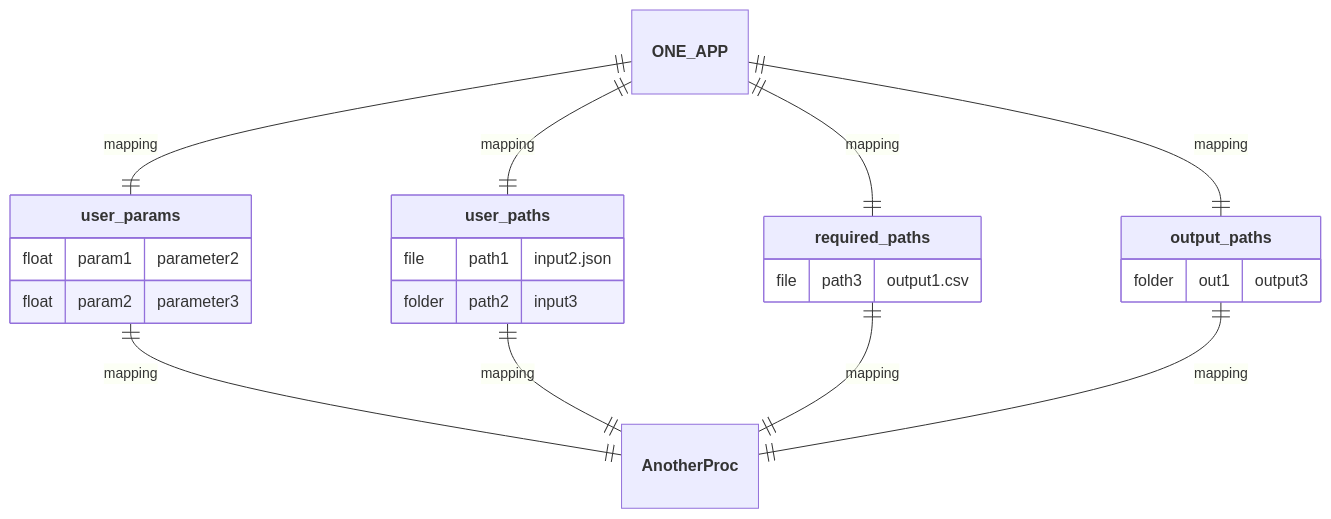
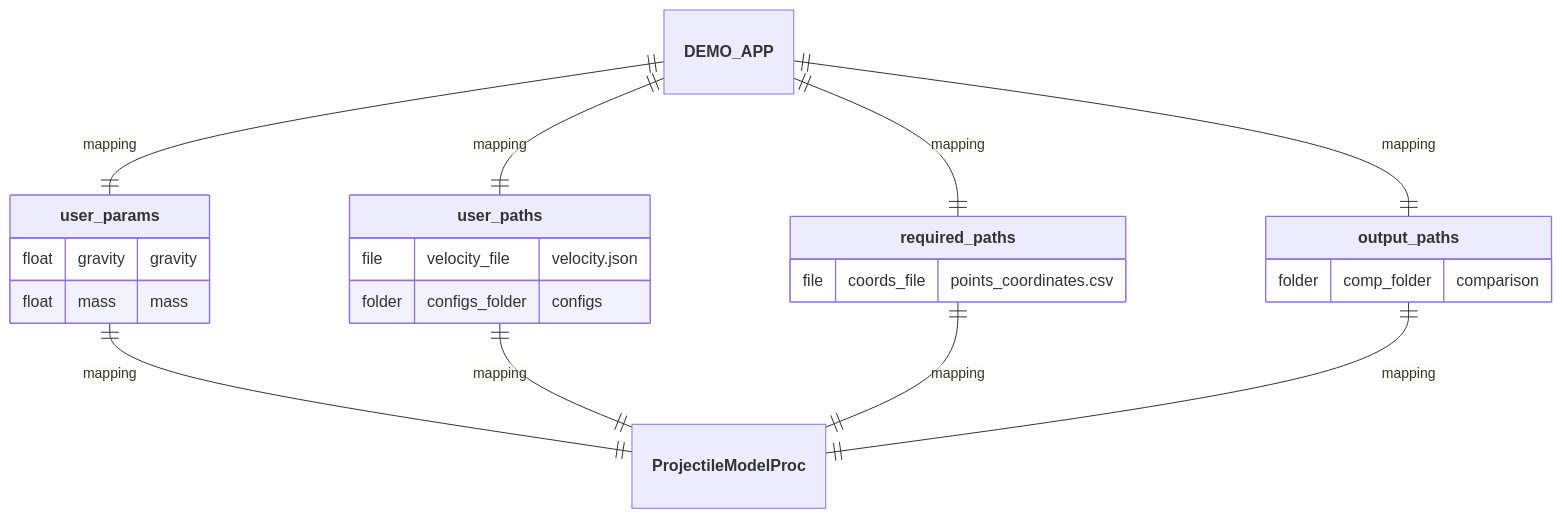
The third of 8 diagrams in src/labs/apps/general/DEMO_APP/README.md (nuremics/nuremics-labs), drawn with Mermaid before and after one commit. The commit also changed other lines of this file, not shown here.

Commit message:
update DEMO_APP README

````diff
--- a/src/labs/apps/general/DEMO_APP/README.md
+++ b/src/labs/apps/general/DEMO_APP/README.md
@@ -57,26 +75,26 @@
 ```mermaid
 erDiagram
-  **ONE_APP** ||--|| **user_params** : mapping
-  **ONE_APP** ||--|| **user_paths** : mapping
-  **ONE_APP** ||--|| **required_paths** : mapping
-  **ONE_APP** ||--|| **output_paths** : mapping
-  **user_params** ||--|| **AnotherProc** : mapping
-  **user_paths** ||--|| **AnotherProc** : mapping
-  **required_paths** ||--|| **AnotherProc** : mapping
-  **output_paths** ||--|| **AnotherProc** : mapping
+  **DEMO_APP** ||--|| **user_params** : mapping
+  **DEMO_APP** ||--|| **user_paths** : mapping
+  **DEMO_APP** ||--|| **required_paths** : mapping
+  **DEMO_APP** ||--|| **output_paths** : mapping
+  **user_params** ||--|| **ProjectileModelProc** : mapping
+  **user_paths** ||--|| **ProjectileModelProc** : mapping
+  **required_paths** ||--|| **ProjectileModelProc** : mapping
+  **output_paths** ||--|| **ProjectileModelProc** : mapping
 
   **user_params** {
-    float param1 "parameter2"
-    float param2 "parameter3"
+    float gravity "gravity"   
+    float mass "mass"
   }
   **user_paths** {
-    file path1 "input2.json"
-    folder path2 "input3"
+    file velocity_file "velocity.json"
+    folder configs_folder "configs"
   }
   **required_paths** {
-    file path3 "output1.csv"
+    file coords_file "points_coordinates.csv"
   }
   **output_paths** {
-    folder out1 "output3"
+    folder comp_folder "comparison"
   }
 ```
````
